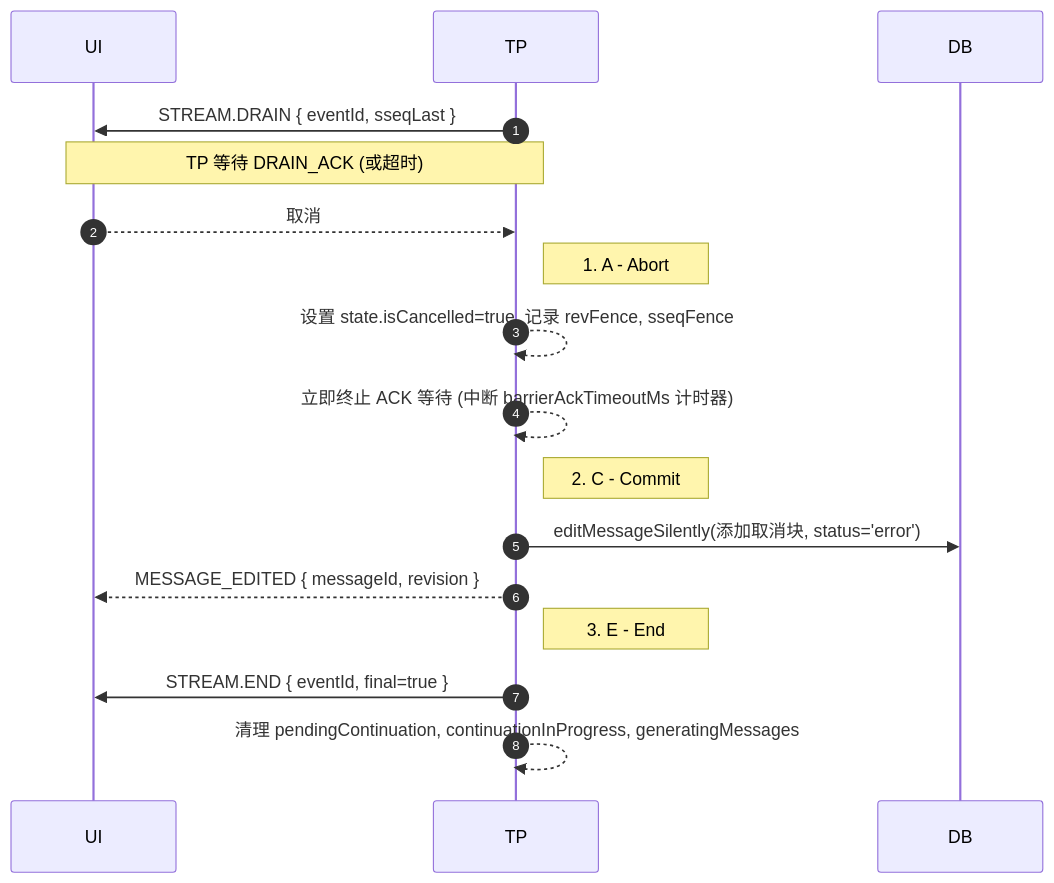
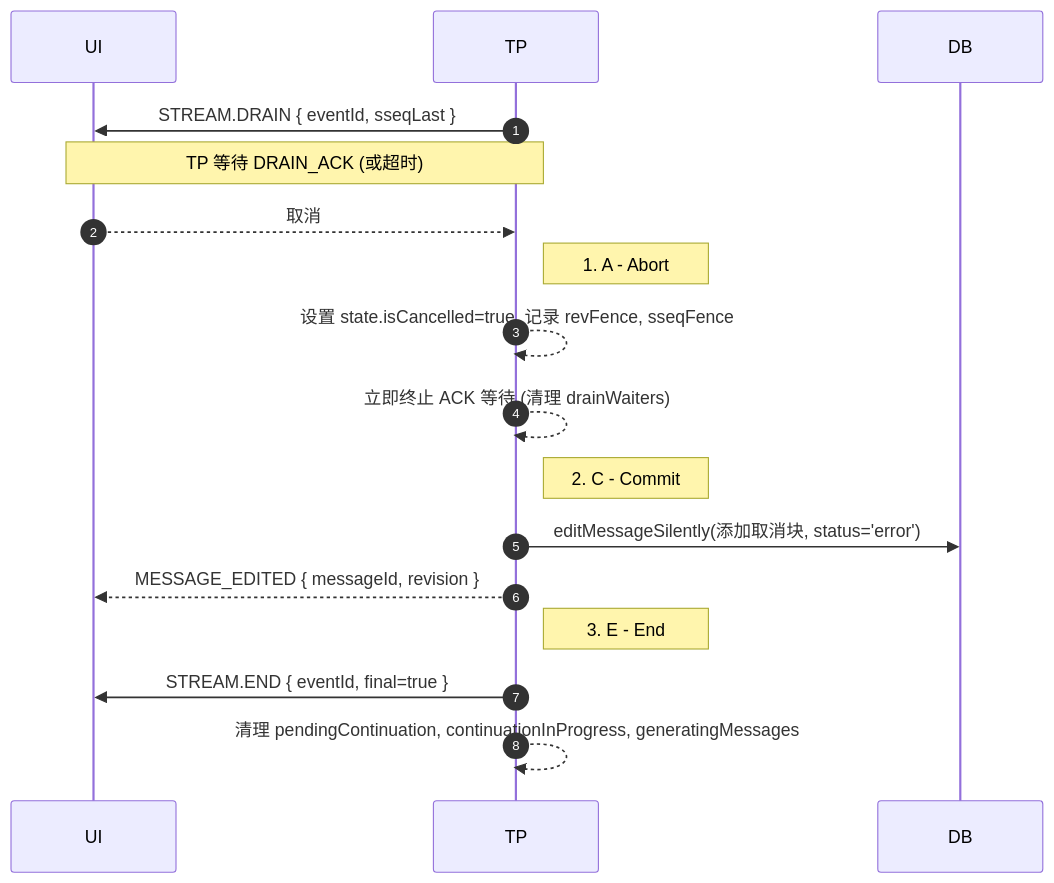
One commit to neoragex2002/deepchat changed the third of 7 diagrams in docs_agent/workflows/cancellation.md. Above: the diagram before and after it, drawn with Mermaid. The commit also changed other lines of this file and 7 other files, not shown here.

````diff
--- a/docs_agent/workflows/cancellation.md
+++ b/docs_agent/workflows/cancellation.md
@@ -208,23 +215,23 @@
     ```mermaid
     sequenceDiagram
       autonumber
       participant UI
       participant TP
       participant DB
 
       TP->>UI: STREAM.DRAIN { eventId, sseqLast }
       note over UI, TP: TP 等待 DRAIN_ACK (或超时)
 
       UI-->>TP: 取消
       note right of TP: 1. A - Abort
       TP-->>TP: 设置 state.isCancelled=true, 记录 revFence, sseqFence
-      TP-->>TP: 立即终止 ACK 等待 (中断 barrierAckTimeoutMs 计时器)
+      TP-->>TP: 立即终止 ACK 等待 (清理 drainWaiters)
       
       note right of TP: 2. C - Commit
       TP->>DB: editMessageSilently(添加取消块, status='error')
       TP-->>UI: MESSAGE_EDITED { messageId, revision }
       
       note right of TP: 3. E - End
       TP->>UI: STREAM.END { eventId, final=true }
       TP-->>TP: 清理 pendingContinuation, continuationInProgress, generatingMessages
     ```
````
